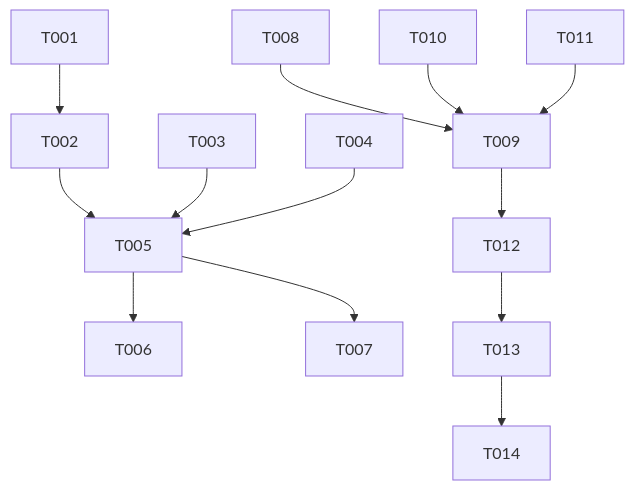
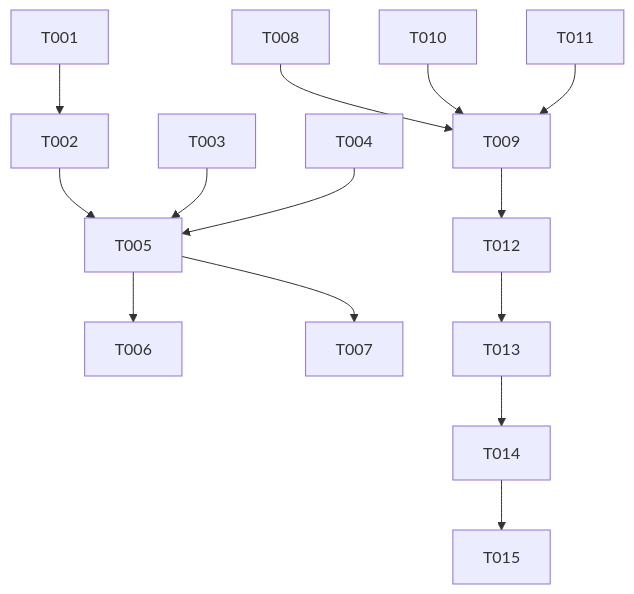
The diagram in specs/007-crawl-django-web/tasks.md (beyondVS/django-docs-mcp), drawn with Mermaid before and after one commit. The commit also changed other lines of this file and 5 other files, not shown here.

````diff
--- a/specs/007-crawl-django-web/tasks.md
+++ b/specs/007-crawl-django-web/tasks.md
@@ -40,15 +41,16 @@
 ```mermaid
 graph TD
     T001 --> T002
     T002 --> T005
     T003 --> T005
     T004 --> T005
     T005 --> T006
     T005 --> T007
     T008 --> T009
     T010 --> T009
     T011 --> T009
     T009 --> T012
     T012 --> T013
     T013 --> T014
+    T014 --> T015
 ```
````
